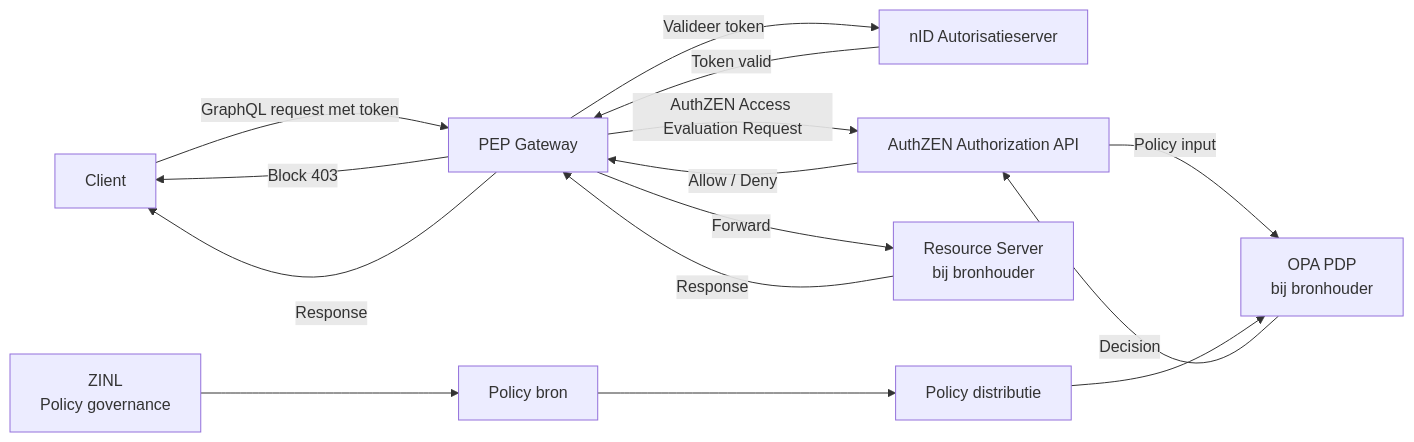
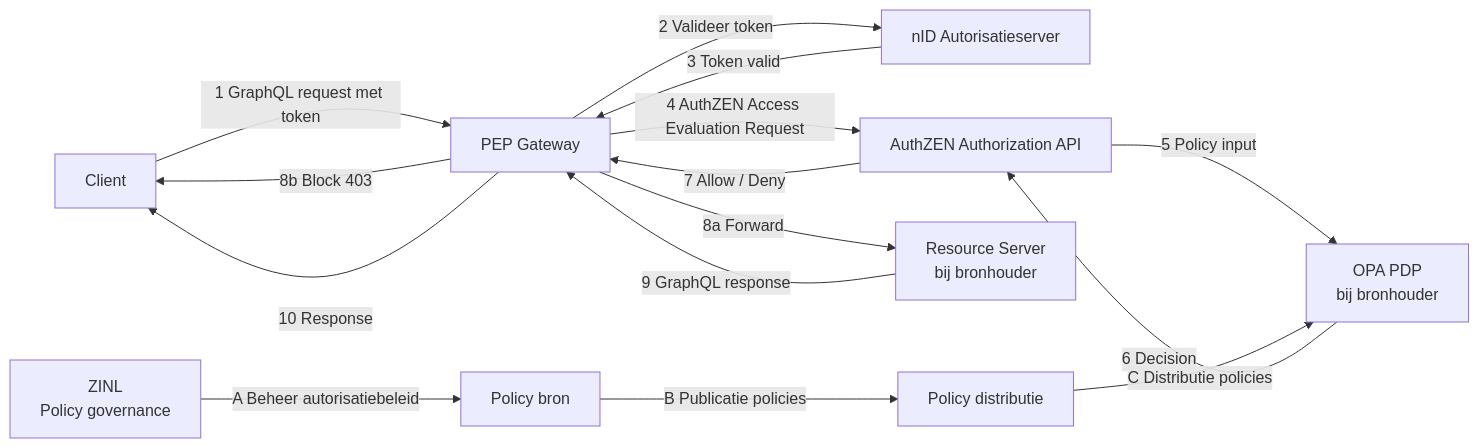
One commit to iStandaarden/iWlz-RequestForComment changed the second of 3 diagrams in RFC/RFC0052 - Autorisatie standaardisatie.md. Above: the diagram before and after it, drawn with Mermaid.

Commit message:
volgorde nummers toegevoegd bij 5

````diff
--- a/RFC/RFC0052 - Autorisatie standaardisatie.md
+++ b/RFC/RFC0052 - Autorisatie standaardisatie.md
@@ -125,33 +125,33 @@
 ```mermaid
 flowchart LR
   C[Client]
   G[PEP Gateway]
   AS[nID Autorisatieserver]
   AZ[AuthZEN Authorization API]
   PDP[OPA PDP<br/>bij bronhouder]
   RS[Resource Server<br/>bij bronhouder]
 
   Z[ZINL<br/>Policy governance]
   PB[Policy bron]
   PD[Policy distributie]
 
-  C -->|GraphQL request met token| G
+  C -->|1 GraphQL request met token| G
 
-  G -->|Valideer token| AS
-  AS -->|Token valid| G
+  G -->|2 Valideer token| AS
+  AS -->|3 Token valid| G
 
-  G -->|AuthZEN Access Evaluation Request| AZ
-  AZ -->|Policy input| PDP
-  PDP -->|Decision| AZ
-  AZ -->|Allow / Deny| G
+  G -->|4 AuthZEN Access Evaluation Request| AZ
+  AZ -->|5 Policy input| PDP
+  PDP -->|6 Decision| AZ
+  AZ -->|7 Allow / Deny| G
 
-  G -->|Forward| RS
-  G -->|Block 403| C
+  G -->|8a Forward| RS
+  G -->|8b Block 403| C
 
-  RS -->|Response| G
-  G -->|Response| C
+  RS -->|9 GraphQL response| G
+  G -->|10 Response| C
 
-  Z --> PB
-  PB --> PD
-  PD --> PDP
+  Z -->|A Beheer autorisatiebeleid| PB
+  PB -->|B Publicatie policies| PD
+  PD -->|C Distributie policies| PDP
 ```
````
